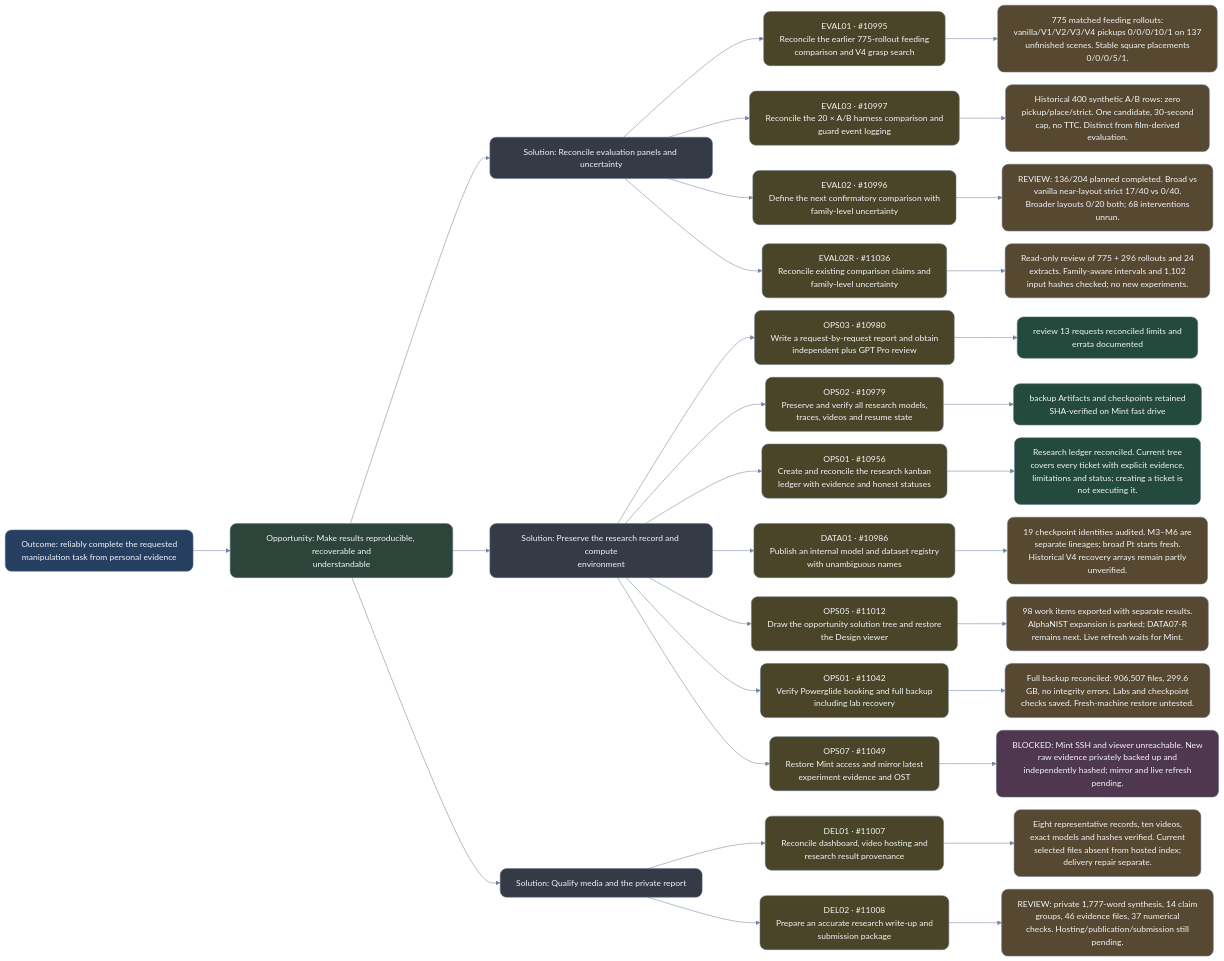
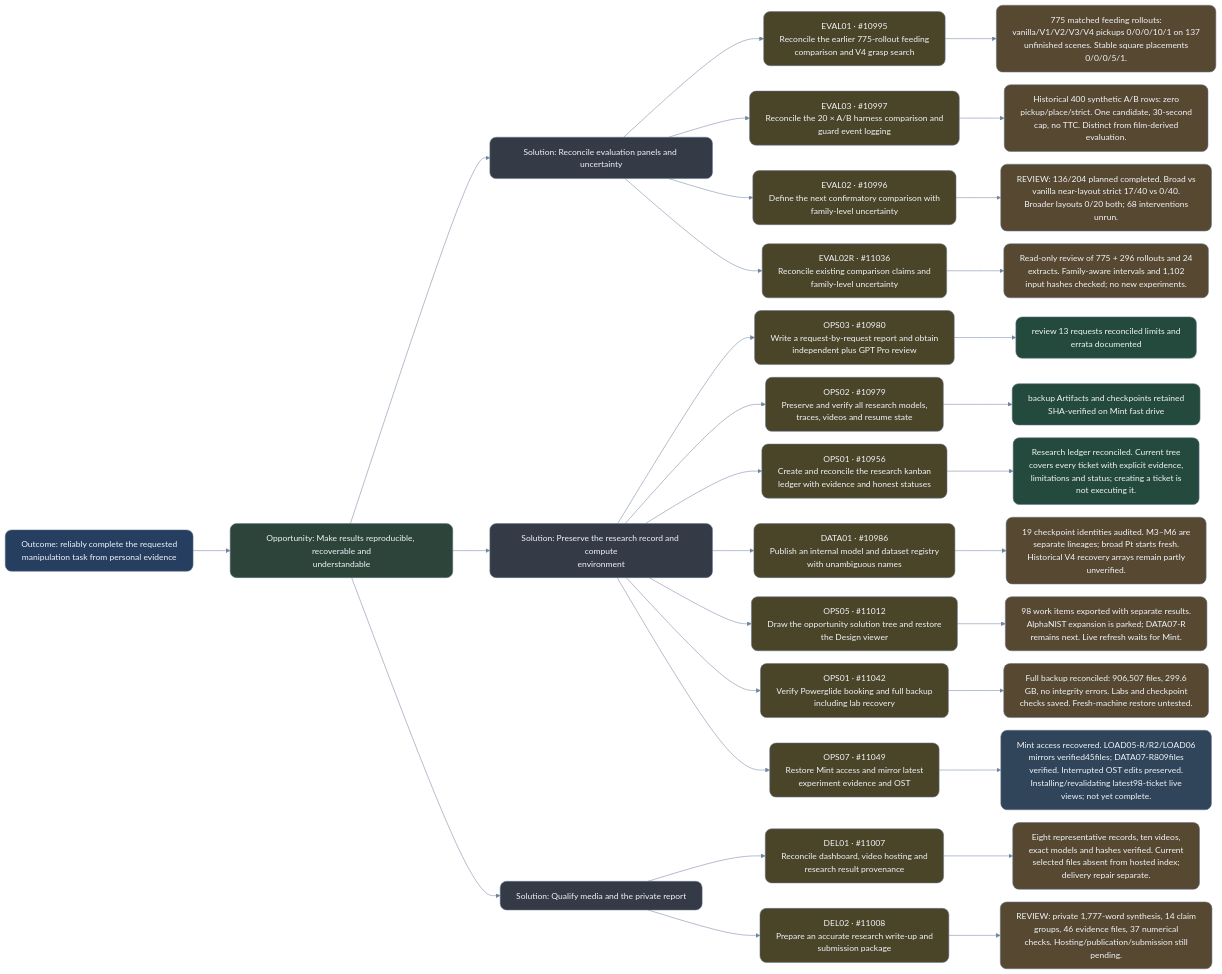
Before and after one commit to NatMota/typhon-robotics: the diagram in experiment-history/2026-10-14-ost/evidence.mmd, drawn with Mermaid. The commit also changed 19 other files, not shown here.

Commit message:
Record negative DATA07-R full-task repair and recovered Mint mirrors

```diff
--- a/experiment-history/2026-10-14-ost/evidence.mmd
+++ b/experiment-history/2026-10-14-ost/evidence.mmd
@@ -1,86 +1,86 @@
 %%{init: {"theme": "base", "securityLevel": "loose", "fontFamily": "Arial, sans-serif", "fontSize": 18, "markdownAutoWrap": false, "flowchart": {"htmlLabels": false, "curve": "basis", "nodeSpacing": 24, "rankSpacing": 70, "wrappingWidth": 360}, "themeVariables": {"primaryTextColor": "#edf2f7", "lineColor": "#71849f", "background": "#0b1220"}}}%%
 flowchart LR
 OUT["Outcome: reliably complete the requested<br/>manipulation task from personal evidence"]:::outcome
 O_evidence["Opportunity: Make results reproducible, recoverable and<br/>understandable"]:::opportunity
 OUT --> O_evidence
 O_evidence_S0["Solution: Reconcile evaluation panels and uncertainty"]:::solution
 O_evidence --> O_evidence_S0
 T10995["EVAL01 · #10995<br/>Reconcile the earlier 775-rollout feeding<br/>comparison and V4 grasp search"]:::experiment
 O_evidence_S0 --> T10995
 R10995["775 matched feeding rollouts:<br/>vanilla/V1/V2/V3/V4 pickups 0/0/0/10/1 on 137<br/>unfinished scenes. Stable square placements<br/>0/0/0/5/1."]:::mixed
 T10995 --> R10995
 click T10995 "http://127.0.0.1:4001/?project=typhon-research#ticket=10995" "Open research ticket" _blank
 T10997["EVAL03 · #10997<br/>Reconcile the 20 × A/B harness comparison and<br/>guard event logging"]:::experiment
 O_evidence_S0 --> T10997
 R10997["Historical 400 synthetic A/B rows: zero<br/>pickup/place/strict. One candidate, 30-second<br/>cap, no TTC. Distinct from film-derived<br/>evaluation."]:::mixed
 T10997 --> R10997
 click T10997 "http://127.0.0.1:4001/?project=typhon-research#ticket=10997" "Open research ticket" _blank
 T10996["EVAL02 · #10996<br/>Define the next confirmatory comparison with<br/>family-level uncertainty"]:::experiment
 O_evidence_S0 --> T10996
 R10996["REVIEW: 136/204 planned completed. Broad vs<br/>vanilla near-layout strict 17/40 vs 0/40.<br/>Broader layouts 0/20 both; 68 interventions<br/>unrun."]:::mixed
 T10996 --> R10996
 click T10996 "http://127.0.0.1:4001/?project=typhon-research#ticket=10996" "Open research ticket" _blank
 T11036["EVAL02R · #11036<br/>Reconcile existing comparison claims and<br/>family-level uncertainty"]:::experiment
 O_evidence_S0 --> T11036
 R11036["Read-only review of 775 + 296 rollouts and 24<br/>extracts. Family-aware intervals and 1,102<br/>input hashes checked; no new experiments."]:::mixed
 T11036 --> R11036
 click T11036 "http://127.0.0.1:4001/?project=typhon-research#ticket=11036" "Open research ticket" _blank
 O_evidence_S1["Solution: Preserve the research record and compute<br/>environment"]:::solution
 O_evidence --> O_evidence_S1
 T10980["OPS03 · #10980<br/>Write a request-by-request report and obtain<br/>independent plus GPT Pro review"]:::experiment
 O_evidence_S1 --> T10980
 R10980["review 13 requests reconciled limits and<br/>errata documented"]:::evidence
 T10980 --> R10980
 click T10980 "http://127.0.0.1:4001/?project=typhon-research#ticket=10980" "Open research ticket" _blank
 T10979["OPS02 · #10979<br/>Preserve and verify all research models,<br/>traces, videos and resume state"]:::experiment
 O_evidence_S1 --> T10979
 R10979["backup Artifacts and checkpoints retained<br/>SHA-verified on Mint fast drive"]:::evidence
 T10979 --> R10979
 click T10979 "http://127.0.0.1:4001/?project=typhon-research#ticket=10979" "Open research ticket" _blank
 T10956["OPS01 · #10956<br/>Create and reconcile the research kanban<br/>ledger with evidence and honest statuses"]:::experiment
 O_evidence_S1 --> T10956
 R10956["Research ledger reconciled. Current tree<br/>covers every ticket with explicit evidence,<br/>limitations and status; creating a ticket is<br/>not executing it."]:::evidence
 T10956 --> R10956
 click T10956 "http://127.0.0.1:4001/?project=typhon-research#ticket=10956" "Open research ticket" _blank
 T10986["DATA01 · #10986<br/>Publish an internal model and dataset registry<br/>with unambiguous names"]:::experiment
 O_evidence_S1 --> T10986
 R10986["19 checkpoint identities audited. M3–M6 are<br/>separate lineages; broad Pt starts fresh.<br/>Historical V4 recovery arrays remain partly<br/>unverified."]:::mixed
 T10986 --> R10986
 click T10986 "http://127.0.0.1:4001/?project=typhon-research#ticket=10986" "Open research ticket" _blank
 T11012["OPS05 · #11012<br/>Draw the opportunity solution tree and restore<br/>the Design viewer"]:::experiment
 O_evidence_S1 --> T11012
 R11012["98 work items exported with separate results.<br/>AlphaNIST expansion is parked; DATA07-R<br/>remains next. Live refresh waits for Mint."]:::mixed
 T11012 --> R11012
 click T11012 "http://127.0.0.1:4001/?project=typhon-research#ticket=11012" "Open research ticket" _blank
 T11042["OPS01 · #11042<br/>Verify Powerglide booking and full backup<br/>including lab recovery"]:::experiment
 O_evidence_S1 --> T11042
 R11042["Full backup reconciled: 906,507 files, 299.6<br/>GB, no integrity errors. Labs and checkpoint<br/>checks saved. Fresh-machine restore untested."]:::mixed
 T11042 --> R11042
 click T11042 "http://127.0.0.1:4001/?project=typhon-research#ticket=11042" "Open research ticket" _blank
 T11049["OPS07 · #11049<br/>Restore Mint access and mirror latest<br/>experiment evidence and OST"]:::experiment
 O_evidence_S1 --> T11049
-R11049["BLOCKED: Mint SSH and viewer unreachable. New<br/>raw evidence privately backed up and<br/>independently hashed; mirror and live refresh<br/>pending."]:::blocked
+R11049["Mint access recovered. LOAD05-R/R2/LOAD06<br/>mirrors verified45files; DATA07-R809files<br/>verified. Interrupted OST edits preserved.<br/>Installing/revalidating latest98-ticket live<br/>views; not yet complete."]:::pending
 T11049 --> R11049
 click T11049 "http://127.0.0.1:4001/?project=typhon-research#ticket=11049" "Open research ticket" _blank
 O_evidence_S2["Solution: Qualify media and the private report"]:::solution
 O_evidence --> O_evidence_S2
 T11007["DEL01 · #11007<br/>Reconcile dashboard, video hosting and<br/>research result provenance"]:::experiment
 O_evidence_S2 --> T11007
 R11007["Eight representative records, ten videos,<br/>exact models and hashes verified. Current<br/>selected files absent from hosted index;<br/>delivery repair separate."]:::mixed
 T11007 --> R11007
 click T11007 "http://127.0.0.1:4001/?project=typhon-research#ticket=11007" "Open research ticket" _blank
 T11008["DEL02 · #11008<br/>Prepare an accurate research write-up and<br/>submission package"]:::experiment
 O_evidence_S2 --> T11008
 R11008["REVIEW: private 1,777-word synthesis, 14 claim<br/>groups, 46 evidence files, 37 numerical<br/>checks. Hosting/publication/submission still<br/>pending."]:::mixed
 T11008 --> R11008
 click T11008 "http://127.0.0.1:4001/?project=typhon-research#ticket=11008" "Open research ticket" _blank
 classDef outcome fill:#263f60,stroke:#64748b,color:#f1f5f9,rx:12,ry:12;
 classDef opportunity fill:#2d443b,stroke:#64748b,color:#f1f5f9,rx:12,ry:12;
 classDef solution fill:#343a46,stroke:#64748b,color:#f1f5f9,rx:12,ry:12;
 classDef experiment fill:#4a4428,stroke:#64748b,color:#f1f5f9,rx:12,ry:12;
 classDef evidence fill:#244a3d,stroke:#64748b,color:#f1f5f9,rx:12,ry:12;
 classDef mixed fill:#574831,stroke:#64748b,color:#f1f5f9,rx:12,ry:12;
 classDef negative fill:#56343c,stroke:#64748b,color:#f1f5f9,rx:12,ry:12;
 classDef pending fill:#30445a,stroke:#64748b,color:#f1f5f9,rx:12,ry:12;
 classDef blocked fill:#4e374f,stroke:#64748b,color:#f1f5f9,rx:12,ry:12;
 classDef parked fill:#373b42,stroke:#64748b,color:#f1f5f9,rx:12,ry:12;
```
